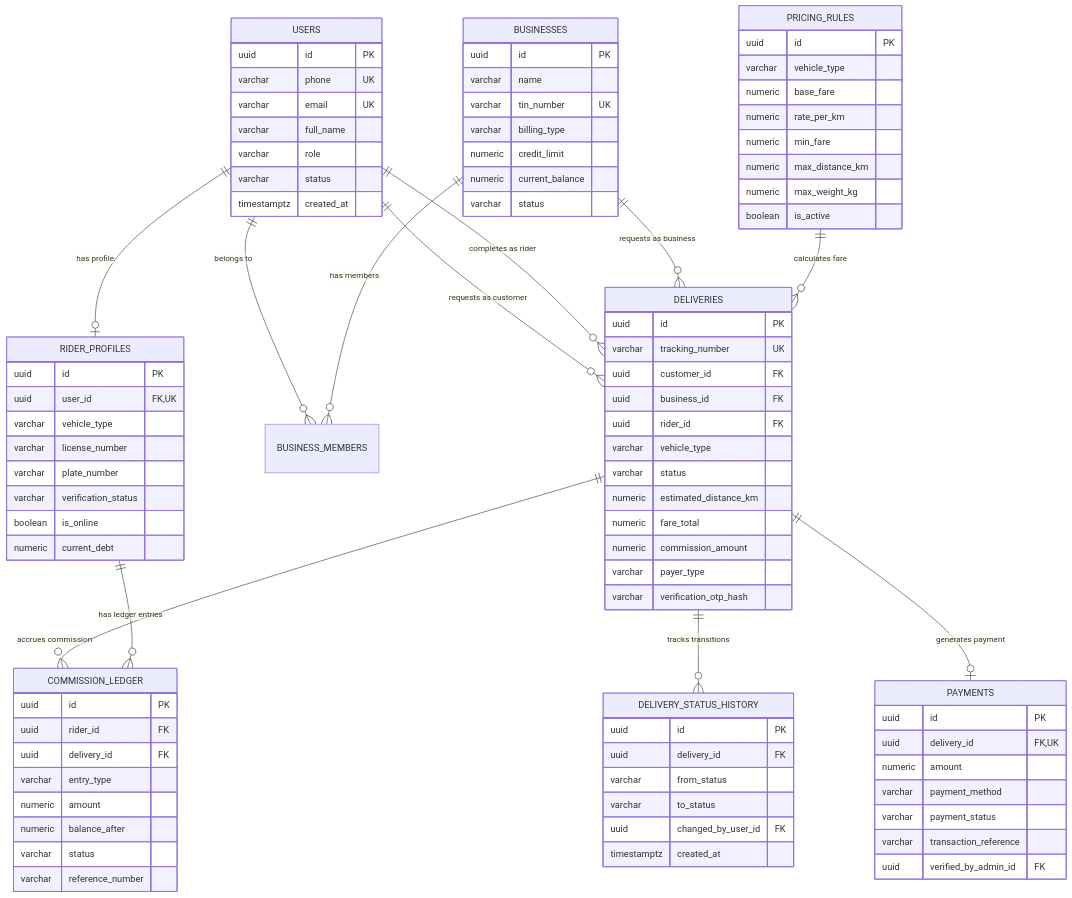
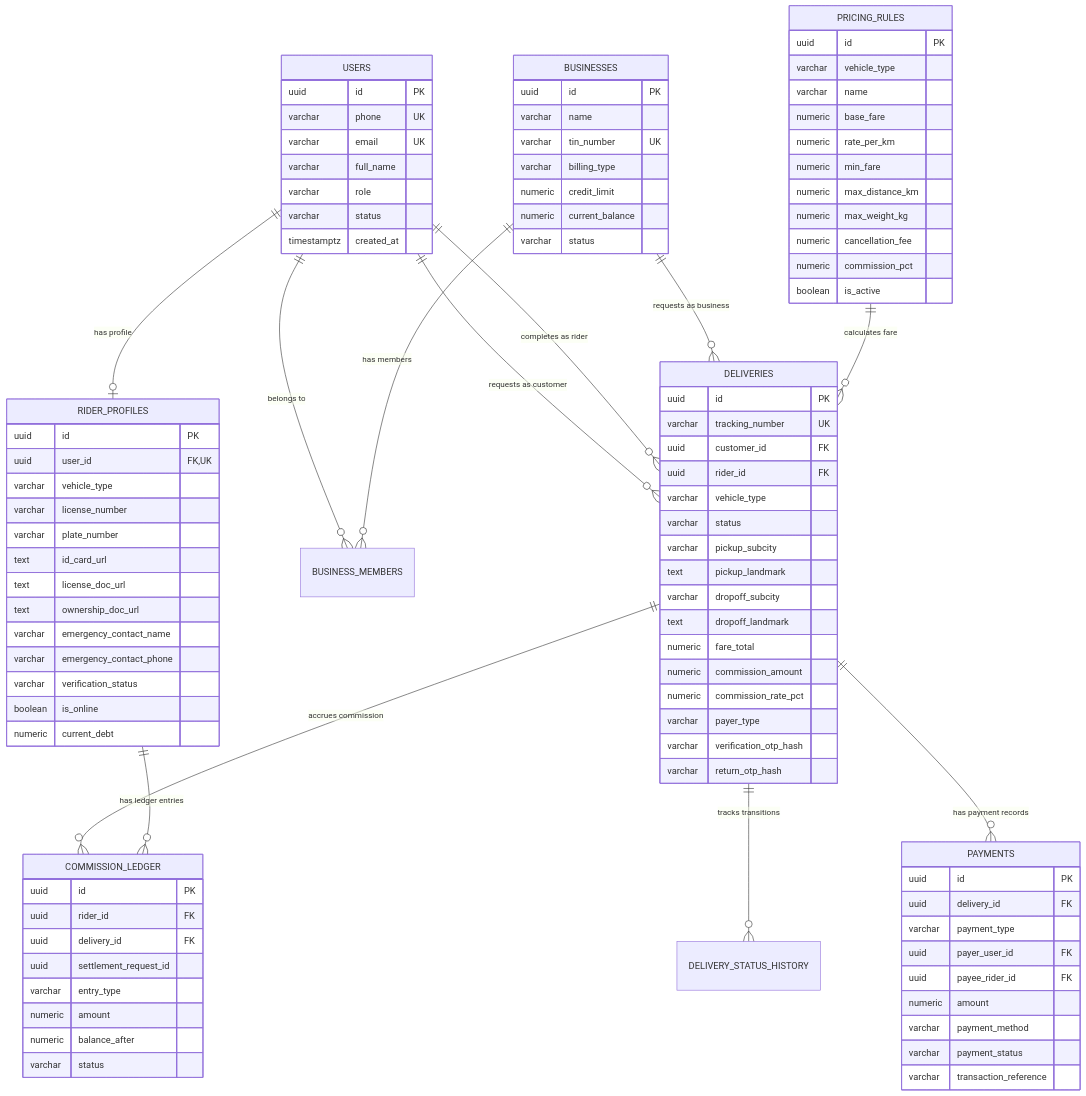
One commit to NahoooMac/Delivery_App changed the diagram in docs/DATABASE_DESIGN.md. Above: the diagram before and after it, drawn with Mermaid. The commit also changed other lines of this file and 5 other files, not shown here.

Commit message:
docs: finalize MVP architecture, database design, and UX core screen flows

````diff
--- a/docs/DATABASE_DESIGN.md
+++ b/docs/DATABASE_DESIGN.md
@@ -26,7 +35,7 @@
     BUSINESSES ||--o{ BUSINESS_MEMBERS : "has members"
     BUSINESSES ||--o{ DELIVERIES : "requests as business"
     DELIVERIES ||--o{ DELIVERY_STATUS_HISTORY : "tracks transitions"
-    DELIVERIES ||--o| PAYMENTS : "generates payment"
+    DELIVERIES ||--o{ PAYMENTS : "has payment records"
     DELIVERIES ||--o{ COMMISSION_LEDGER : "accrues commission"
     RIDER_PROFILES ||--o{ COMMISSION_LEDGER : "has ledger entries"
     PRICING_RULES ||--o{ DELIVERIES : "calculates fare"
@@ -57,6 +66,11 @@
         varchar vehicle_type
         varchar license_number
         varchar plate_number
+        text id_card_url
+        text license_doc_url
+        text ownership_doc_url
+        varchar emergency_contact_name
+        varchar emergency_contact_phone
         varchar verification_status
         boolean is_online
         numeric current_debt
@@ -65,11 +79,14 @@
     PRICING_RULES {
         uuid id PK
         varchar vehicle_type
+        varchar name
         numeric base_fare
         numeric rate_per_km
         numeric min_fare
         numeric max_distance_km
         numeric max_weight_kg
+        numeric cancellation_fee
+        numeric commission_pct
         boolean is_active
     }
 
@@ -77,44 +94,41 @@
         uuid id PK
         varchar tracking_number UK
         uuid customer_id FK
-        uuid business_id FK
         uuid rider_id FK
         varchar vehicle_type
         varchar status
-        numeric estimated_distance_km
+        varchar pickup_subcity
+        text pickup_landmark
+        varchar dropoff_subcity
+        text dropoff_landmark
         numeric fare_total
         numeric commission_amount
+        numeric commission_rate_pct
         varchar payer_type
         varchar verification_otp_hash
-    }
-
-    DELIVERY_STATUS_HISTORY {
-        uuid id PK
-        uuid delivery_id FK
-        varchar from_status
-        varchar to_status
-        uuid changed_by_user_id FK
-        timestamptz created_at
+        varchar return_otp_hash
     }
 
     PAYMENTS {
         uuid id PK
-        uuid delivery_id FK,UK
+        uuid delivery_id FK
+        varchar payment_type
+        uuid payer_user_id FK
+        uuid payee_rider_id FK
         numeric amount
         varchar payment_method
         varchar payment_status
         varchar transaction_reference
-        uuid verified_by_admin_id FK
     }
 
     COMMISSION_LEDGER {
         uuid id PK
         uuid rider_id FK
         uuid delivery_id FK
+        uuid settlement_request_id
         varchar entry_type
         numeric amount
         numeric balance_after
         varchar status
-        varchar reference_number
     }
 ```
````
